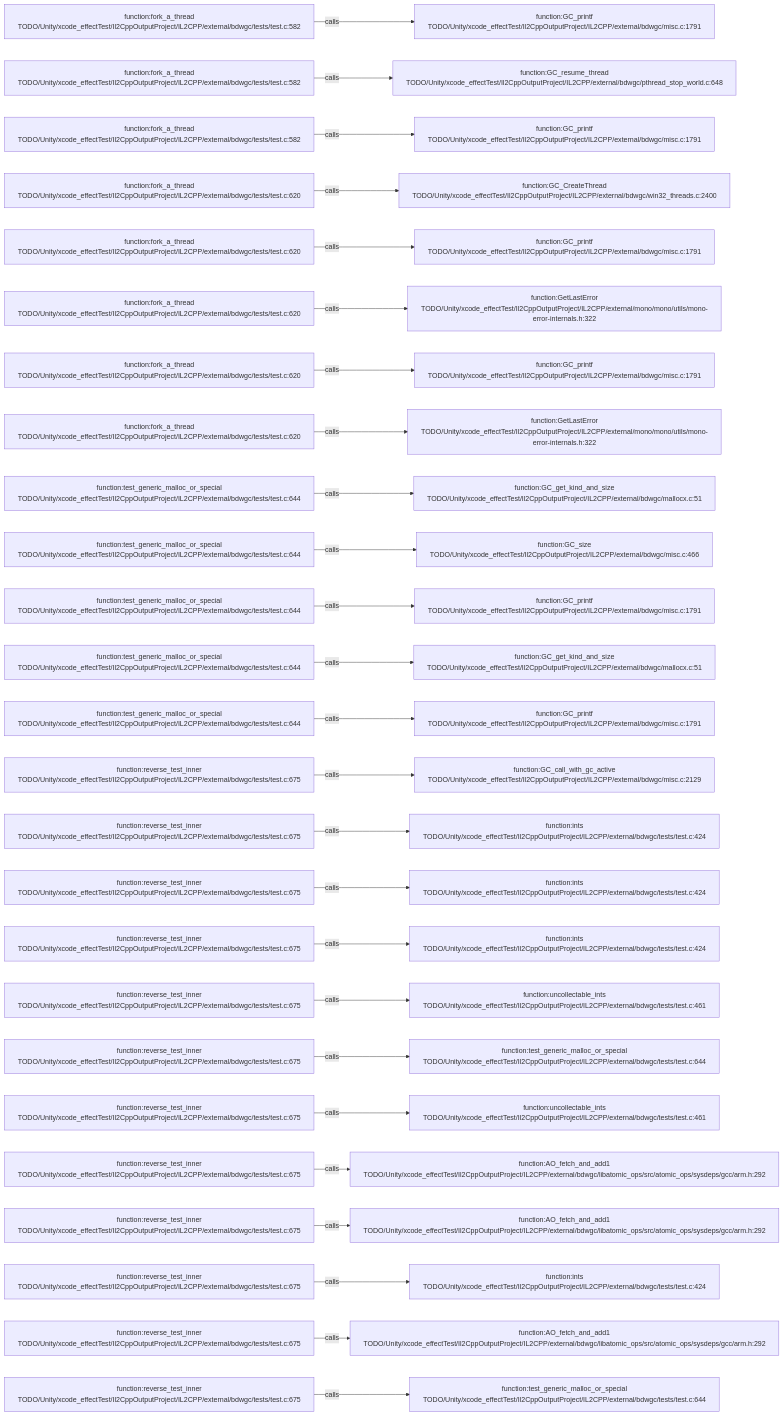
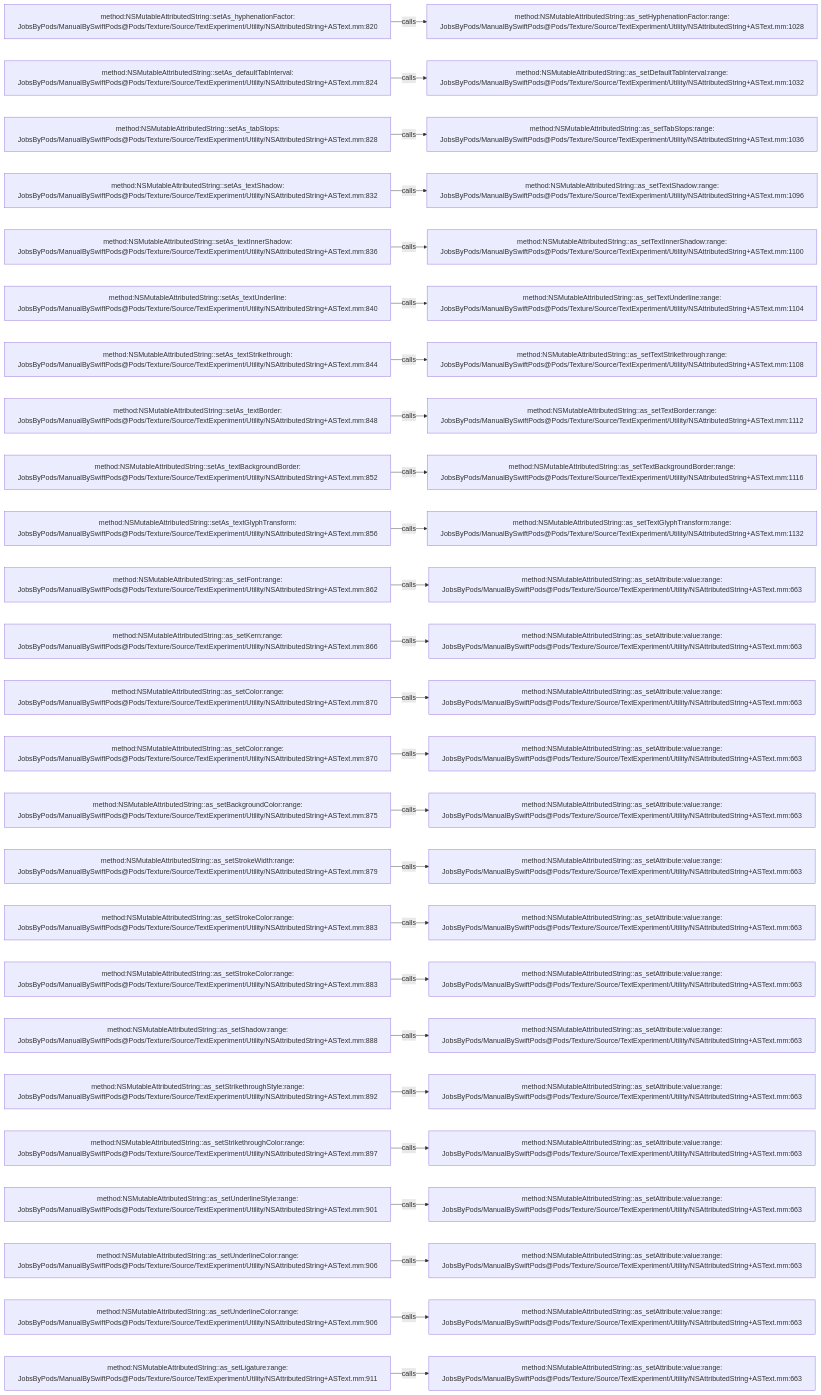
Before and after one commit to JobsKits/JobsSwiftBaseConfigDemo: the diagram in .codegraph/codegraph.md/graphs/calls-164.md, drawn with Mermaid. The commit also changed 2959 other files, not shown here.

````diff
--- a/.codegraph/codegraph.md/graphs/calls-164.md
+++ b/.codegraph/codegraph.md/graphs/calls-164.md
@@ -13,78 +13,78 @@
 ```mermaid
 flowchart LR
-  S1["function:fork_a_thread<br/>TODO/Unity/xcode_effectTest/Il2CppOutputProject/IL2CPP/external/bdwgc/tests/test.c:582"]
-  T1["function:GC_printf<br/>TODO/Unity/xcode_effectTest/Il2CppOutputProject/IL2CPP/external/bdwgc/misc.c:1791"]
+  S1["method:NSMutableAttributedString::setAs_hyphenationFactor:<br/>JobsByPods/ManualBySwiftPods@Pods/Texture/Source/TextExperiment/Utility/NSAttributedString+ASText.mm:820"]
+  T1["method:NSMutableAttributedString::as_setHyphenationFactor:range:<br/>JobsByPods/ManualBySwiftPods@Pods/Texture/Source/TextExperiment/Utility/NSAttributedString+ASText.mm:1028"]
   S1 -->|calls| T1
-  S2["function:fork_a_thread<br/>TODO/Unity/xcode_effectTest/Il2CppOutputProject/IL2CPP/external/bdwgc/tests/test.c:582"]
-  T2["function:GC_resume_thread<br/>TODO/Unity/xcode_effectTest/Il2CppOutputProject/IL2CPP/external/bdwgc/pthread_stop_world.c:648"]
+  S2["method:NSMutableAttributedString::setAs_defaultTabInterval:<br/>JobsByPods/ManualBySwiftPods@Pods/Texture/Source/TextExperiment/Utility/NSAttributedString+ASText.mm:824"]
+  T2["method:NSMutableAttributedString::as_setDefaultTabInterval:range:<br/>JobsByPods/ManualBySwiftPods@Pods/Texture/Source/TextExperiment/Utility/NSAttributedString+ASText.mm:1032"]
   S2 -->|calls| T2
-  S3["function:fork_a_thread<br/>TODO/Unity/xcode_effectTest/Il2CppOutputProject/IL2CPP/external/bdwgc/tests/test.c:582"]
-  T3["function:GC_printf<br/>TODO/Unity/xcode_effectTest/Il2CppOutputProject/IL2CPP/external/bdwgc/misc.c:1791"]
+  S3["method:NSMutableAttributedString::setAs_tabStops:<br/>JobsByPods/ManualBySwiftPods@Pods/Texture/Source/TextExperiment/Utility/NSAttributedString+ASText.mm:828"]
+  T3["method:NSMutableAttributedString::as_setTabStops:range:<br/>JobsByPods/ManualBySwiftPods@Pods/Texture/Source/TextExperiment/Utility/NSAttributedString+ASText.mm:1036"]
   S3 -->|calls| T3
-  S4["function:fork_a_thread<br/>TODO/Unity/xcode_effectTest/Il2CppOutputProject/IL2CPP/external/bdwgc/tests/test.c:620"]
-  T4["function:GC_CreateThread<br/>TODO/Unity/xcode_effectTest/Il2CppOutputProject/IL2CPP/external/bdwgc/win32_threads.c:2400"]
+  S4["method:NSMutableAttributedString::setAs_textShadow:<br/>JobsByPods/ManualBySwiftPods@Pods/Texture/Source/TextExperiment/Utility/NSAttributedString+ASText.mm:832"]
+  T4["method:NSMutableAttributedString::as_setTextShadow:range:<br/>JobsByPods/ManualBySwiftPods@Pods/Texture/Source/TextExperiment/Utility/NSAttributedString+ASText.mm:1096"]
   S4 -->|calls| T4
-  S5["function:fork_a_thread<br/>TODO/Unity/xcode_effectTest/Il2CppOutputProject/IL2CPP/external/bdwgc/tests/test.c:620"]
-  T5["function:GC_printf<br/>TODO/Unity/xcode_effectTest/Il2CppOutputProject/IL2CPP/external/bdwgc/misc.c:1791"]
+  S5["method:NSMutableAttributedString::setAs_textInnerShadow:<br/>JobsByPods/ManualBySwiftPods@Pods/Texture/Source/TextExperiment/Utility/NSAttributedString+ASText.mm:836"]
+  T5["method:NSMutableAttributedString::as_setTextInnerShadow:range:<br/>JobsByPods/ManualBySwiftPods@Pods/Texture/Source/TextExperiment/Utility/NSAttributedString+ASText.mm:1100"]
   S5 -->|calls| T5
-  S6["function:fork_a_thread<br/>TODO/Unity/xcode_effectTest/Il2CppOutputProject/IL2CPP/external/bdwgc/tests/test.c:620"]
-  T6["function:GetLastError<br/>TODO/Unity/xcode_effectTest/Il2CppOutputProject/IL2CPP/external/mono/mono/utils/mono-error-internals.h:322"]
+  S6["method:NSMutableAttributedString::setAs_textUnderline:<br/>JobsByPods/ManualBySwiftPods@Pods/Texture/Source/TextExperiment/Utility/NSAttributedString+ASText.mm:840"]
+  T6["method:NSMutableAttributedString::as_setTextUnderline:range:<br/>JobsByPods/ManualBySwiftPods@Pods/Texture/Source/TextExperiment/Utility/NSAttributedString+ASText.mm:1104"]
   S6 -->|calls| T6
-  S7["function:fork_a_thread<br/>TODO/Unity/xcode_effectTest/Il2CppOutputProject/IL2CPP/external/bdwgc/tests/test.c:620"]
-  T7["function:GC_printf<br/>TODO/Unity/xcode_effectTest/Il2CppOutputProject/IL2CPP/external/bdwgc/misc.c:1791"]
+  S7["method:NSMutableAttributedString::setAs_textStrikethrough:<br/>JobsByPods/ManualBySwiftPods@Pods/Texture/Source/TextExperiment/Utility/NSAttributedString+ASText.mm:844"]
+  T7["method:NSMutableAttributedString::as_setTextStrikethrough:range:<br/>JobsByPods/ManualBySwiftPods@Pods/Texture/Source/TextExperiment/Utility/NSAttributedString+ASText.mm:1108"]
   S7 -->|calls| T7
-  S8["function:fork_a_thread<br/>TODO/Unity/xcode_effectTest/Il2CppOutputProject/IL2CPP/external/bdwgc/tests/test.c:620"]
-  T8["function:GetLastError<br/>TODO/Unity/xcode_effectTest/Il2CppOutputProject/IL2CPP/external/mono/mono/utils/mono-error-internals.h:322"]
+  S8["method:NSMutableAttributedString::setAs_textBorder:<br/>JobsByPods/ManualBySwiftPods@Pods/Texture/Source/TextExperiment/Utility/NSAttributedString+ASText.mm:848"]
+  T8["method:NSMutableAttributedString::as_setTextBorder:range:<br/>JobsByPods/ManualBySwiftPods@Pods/Texture/Source/TextExperiment/Utility/NSAttributedString+ASText.mm:1112"]
   S8 -->|calls| T8
-  S9["function:test_generic_malloc_or_special<br/>TODO/Unity/xcode_effectTest/Il2CppOutputProject/IL2CPP/external/bdwgc/tests/test.c:644"]
-  T9["function:GC_get_kind_and_size<br/>TODO/Unity/xcode_effectTest/Il2CppOutputProject/IL2CPP/external/bdwgc/mallocx.c:51"]
+  S9["method:NSMutableAttributedString::setAs_textBackgroundBorder:<br/>JobsByPods/ManualBySwiftPods@Pods/Texture/Source/TextExperiment/Utility/NSAttributedString+ASText.mm:852"]
+  T9["method:NSMutableAttributedString::as_setTextBackgroundBorder:range:<br/>JobsByPods/ManualBySwiftPods@Pods/Texture/Source/TextExperiment/Utility/NSAttributedString+ASText.mm:1116"]
   S9 -->|calls| T9
-  S10["function:test_generic_malloc_or_special<br/>TODO/Unity/xcode_effectTest/Il2CppOutputProject/IL2CPP/external/bdwgc/tests/test.c:644"]
-  T10["function:GC_size<br/>TODO/Unity/xcode_effectTest/Il2CppOutputProject/IL2CPP/external/bdwgc/misc.c:466"]
+  S10["method:NSMutableAttributedString::setAs_textGlyphTransform:<br/>JobsByPods/ManualBySwiftPods@Pods/Texture/Source/TextExperiment/Utility/NSAttributedString+ASText.mm:856"]
+  T10["method:NSMutableAttributedString::as_setTextGlyphTransform:range:<br/>JobsByPods/ManualBySwiftPods@Pods/Texture/Source/TextExperiment/Utility/NSAttributedString+ASText.mm:1132"]
   S10 -->|calls| T10
-  S11["function:test_generic_malloc_or_special<br/>TODO/Unity/xcode_effectTest/Il2CppOutputProject/IL2CPP/external/bdwgc/tests/test.c:644"]
-  T11["function:GC_printf<br/>TODO/Unity/xcode_effectTest/Il2CppOutputProject/IL2CPP/external/bdwgc/misc.c:1791"]
+  S11["method:NSMutableAttributedString::as_setFont:range:<br/>JobsByPods/ManualBySwiftPods@Pods/Texture/Source/TextExperiment/Utility/NSAttributedString+ASText.mm:862"]
+  T11["method:NSMutableAttributedString::as_setAttribute:value:range:<br/>JobsByPods/ManualBySwiftPods@Pods/Texture/Source/TextExperiment/Utility/NSAttributedString+ASText.mm:663"]
   S11 -->|calls| T11
-  S12["function:test_generic_malloc_or_special<br/>TODO/Unity/xcode_effectTest/Il2CppOutputProject/IL2CPP/external/bdwgc/tests/test.c:644"]
-  T12["function:GC_get_kind_and_size<br/>TODO/Unity/xcode_effectTest/Il2CppOutputProject/IL2CPP/external/bdwgc/mallocx.c:51"]
+  S12["method:NSMutableAttributedString::as_setKern:range:<br/>JobsByPods/ManualBySwiftPods@Pods/Texture/Source/TextExperiment/Utility/NSAttributedString+ASText.mm:866"]
+  T12["method:NSMutableAttributedString::as_setAttribute:value:range:<br/>JobsByPods/ManualBySwiftPods@Pods/Texture/Source/TextExperiment/Utility/NSAttributedString+ASText.mm:663"]
   S12 -->|calls| T12
-  S13["function:test_generic_malloc_or_special<br/>TODO/Unity/xcode_effectTest/Il2CppOutputProject/IL2CPP/external/bdwgc/tests/test.c:644"]
-  T13["function:GC_printf<br/>TODO/Unity/xcode_effectTest/Il2CppOutputProject/IL2CPP/external/bdwgc/misc.c:1791"]
+  S13["method:NSMutableAttributedString::as_setColor:range:<br/>JobsByPods/ManualBySwiftPods@Pods/Texture/Source/TextExperiment/Utility/NSAttributedString+ASText.mm:870"]
+  T13["method:NSMutableAttributedString::as_setAttribute:value:range:<br/>JobsByPods/ManualBySwiftPods@Pods/Texture/Source/TextExperiment/Utility/NSAttributedString+ASText.mm:663"]
   S13 -->|calls| T13
-  S14["function:reverse_test_inner<br/>TODO/Unity/xcode_effectTest/Il2CppOutputProject/IL2CPP/external/bdwgc/tests/test.c:675"]
-  T14["function:GC_call_with_gc_active<br/>TODO/Unity/xcode_effectTest/Il2CppOutputProject/IL2CPP/external/bdwgc/misc.c:2129"]
+  S14["method:NSMutableAttributedString::as_setColor:range:<br/>JobsByPods/ManualBySwiftPods@Pods/Texture/Source/TextExperiment/Utility/NSAttributedString+ASText.mm:870"]
+  T14["method:NSMutableAttributedString::as_setAttribute:value:range:<br/>JobsByPods/ManualBySwiftPods@Pods/Texture/Source/TextExperiment/Utility/NSAttributedString+ASText.mm:663"]
   S14 -->|calls| T14
-  S15["function:reverse_test_inner<br/>TODO/Unity/xcode_effectTest/Il2CppOutputProject/IL2CPP/external/bdwgc/tests/test.c:675"]
-  T15["function:ints<br/>TODO/Unity/xcode_effectTest/Il2CppOutputProject/IL2CPP/external/bdwgc/tests/test.c:424"]
+  S15["method:NSMutableAttributedString::as_setBackgroundColor:range:<br/>JobsByPods/ManualBySwiftPods@Pods/Texture/Source/TextExperiment/Utility/NSAttributedString+ASText.mm:875"]
+  T15["method:NSMutableAttributedString::as_setAttribute:value:range:<br/>JobsByPods/ManualBySwiftPods@Pods/Texture/Source/TextExperiment/Utility/NSAttributedString+ASText.mm:663"]
   S15 -->|calls| T15
-  S16["function:reverse_test_inner<br/>TODO/Unity/xcode_effectTest/Il2CppOutputProject/IL2CPP/external/bdwgc/tests/test.c:675"]
-  T16["function:ints<br/>TODO/Unity/xcode_effectTest/Il2CppOutputProject/IL2CPP/external/bdwgc/tests/test.c:424"]
+  S16["method:NSMutableAttributedString::as_setStrokeWidth:range:<br/>JobsByPods/ManualBySwiftPods@Pods/Texture/Source/TextExperiment/Utility/NSAttributedString+ASText.mm:879"]
+  T16["method:NSMutableAttributedString::as_setAttribute:value:range:<br/>JobsByPods/ManualBySwiftPods@Pods/Texture/Source/TextExperiment/Utility/NSAttributedString+ASText.mm:663"]
   S16 -->|calls| T16
-  S17["function:reverse_test_inner<br/>TODO/Unity/xcode_effectTest/Il2CppOutputProject/IL2CPP/external/bdwgc/tests/test.c:675"]
-  T17["function:ints<br/>TODO/Unity/xcode_effectTest/Il2CppOutputProject/IL2CPP/external/bdwgc/tests/test.c:424"]
+  S17["method:NSMutableAttributedString::as_setStrokeColor:range:<br/>JobsByPods/ManualBySwiftPods@Pods/Texture/Source/TextExperiment/Utility/NSAttributedString+ASText.mm:883"]
+  T17["method:NSMutableAttributedString::as_setAttribute:value:range:<br/>JobsByPods/ManualBySwiftPods@Pods/Texture/Source/TextExperiment/Utility/NSAttributedString+ASText.mm:663"]
   S17 -->|calls| T17
-  S18["function:reverse_test_inner<br/>TODO/Unity/xcode_effectTest/Il2CppOutputProject/IL2CPP/external/bdwgc/tests/test.c:675"]
-  T18["function:uncollectable_ints<br/>TODO/Unity/xcode_effectTest/Il2CppOutputProject/IL2CPP/external/bdwgc/tests/test.c:461"]
+  S18["method:NSMutableAttributedString::as_setStrokeColor:range:<br/>JobsByPods/ManualBySwiftPods@Pods/Texture/Source/TextExperiment/Utility/NSAttributedString+ASText.mm:883"]
+  T18["method:NSMutableAttributedString::as_setAttribute:value:range:<br/>JobsByPods/ManualBySwiftPods@Pods/Texture/Source/TextExperiment/Utility/NSAttributedString+ASText.mm:663"]
   S18 -->|calls| T18
-  S19["function:reverse_test_inner<br/>TODO/Unity/xcode_effectTest/Il2CppOutputProject/IL2CPP/external/bdwgc/tests/test.c:675"]
-  T19["function:test_generic_malloc_or_special<br/>TODO/Unity/xcode_effectTest/Il2CppOutputProject/IL2CPP/external/bdwgc/tests/test.c:644"]
+  S19["method:NSMutableAttributedString::as_setShadow:range:<br/>JobsByPods/ManualBySwiftPods@Pods/Texture/Source/TextExperiment/Utility/NSAttributedString+ASText.mm:888"]
+  T19["method:NSMutableAttributedString::as_setAttribute:value:range:<br/>JobsByPods/ManualBySwiftPods@Pods/Texture/Source/TextExperiment/Utility/NSAttributedString+ASText.mm:663"]
   S19 -->|calls| T19
-  S20["function:reverse_test_inner<br/>TODO/Unity/xcode_effectTest/Il2CppOutputProject/IL2CPP/external/bdwgc/tests/test.c:675"]
-  T20["function:uncollectable_ints<br/>TODO/Unity/xcode_effectTest/Il2CppOutputProject/IL2CPP/external/bdwgc/tests/test.c:461"]
+  S20["method:NSMutableAttributedString::as_setStrikethroughStyle:range:<br/>JobsByPods/ManualBySwiftPods@Pods/Texture/Source/TextExperiment/Utility/NSAttributedString+ASText.mm:892"]
+  T20["method:NSMutableAttributedString::as_setAttribute:value:range:<br/>JobsByPods/ManualBySwiftPods@Pods/Texture/Source/TextExperiment/Utility/NSAttributedString+ASText.mm:663"]
   S20 -->|calls| T20
-  S21["function:reverse_test_inner<br/>TODO/Unity/xcode_effectTest/Il2CppOutputProject/IL2CPP/external/bdwgc/tests/test.c:675"]
-  T21["function:AO_fetch_and_add1<br/>TODO/Unity/xcode_effectTest/Il2CppOutputProject/IL2CPP/external/bdwgc/libatomic_ops/src/atomic_ops/sysdeps/gcc/arm.h:292"]
+  S21["method:NSMutableAttributedString::as_setStrikethroughColor:range:<br/>JobsByPods/ManualBySwiftPods@Pods/Texture/Source/TextExperiment/Utility/NSAttributedString+ASText.mm:897"]
+  T21["method:NSMutableAttributedString::as_setAttribute:value:range:<br/>JobsByPods/ManualBySwiftPods@Pods/Texture/Source/TextExperiment/Utility/NSAttributedString+ASText.mm:663"]
   S21 -->|calls| T21
-  S22["function:reverse_test_inner<br/>TODO/Unity/xcode_effectTest/Il2CppOutputProject/IL2CPP/external/bdwgc/tests/test.c:675"]
-  T22["function:AO_fetch_and_add1<br/>TODO/Unity/xcode_effectTest/Il2CppOutputProject/IL2CPP/external/bdwgc/libatomic_ops/src/atomic_ops/sysdeps/gcc/arm.h:292"]
+  S22["method:NSMutableAttributedString::as_setUnderlineStyle:range:<br/>JobsByPods/ManualBySwiftPods@Pods/Texture/Source/TextExperiment/Utility/NSAttributedString+ASText.mm:901"]
+  T22["method:NSMutableAttributedString::as_setAttribute:value:range:<br/>JobsByPods/ManualBySwiftPods@Pods/Texture/Source/TextExperiment/Utility/NSAttributedString+ASText.mm:663"]
   S22 -->|calls| T22
-  S23["function:reverse_test_inner<br/>TODO/Unity/xcode_effectTest/Il2CppOutputProject/IL2CPP/external/bdwgc/tests/test.c:675"]
-  T23["function:ints<br/>TODO/Unity/xcode_effectTest/Il2CppOutputProject/IL2CPP/external/bdwgc/tests/test.c:424"]
+  S23["method:NSMutableAttributedString::as_setUnderlineColor:range:<br/>JobsByPods/ManualBySwiftPods@Pods/Texture/Source/TextExperiment/Utility/NSAttributedString+ASText.mm:906"]
+  T23["method:NSMutableAttributedString::as_setAttribute:value:range:<br/>JobsByPods/ManualBySwiftPods@Pods/Texture/Source/TextExperiment/Utility/NSAttributedString+ASText.mm:663"]
   S23 -->|calls| T23
-  S24["function:reverse_test_inner<br/>TODO/Unity/xcode_effectTest/Il2CppOutputProject/IL2CPP/external/bdwgc/tests/test.c:675"]
-  T24["function:AO_fetch_and_add1<br/>TODO/Unity/xcode_effectTest/Il2CppOutputProject/IL2CPP/external/bdwgc/libatomic_ops/src/atomic_ops/sysdeps/gcc/arm.h:292"]
+  S24["method:NSMutableAttributedString::as_setUnderlineColor:range:<br/>JobsByPods/ManualBySwiftPods@Pods/Texture/Source/TextExperiment/Utility/NSAttributedString+ASText.mm:906"]
+  T24["method:NSMutableAttributedString::as_setAttribute:value:range:<br/>JobsByPods/ManualBySwiftPods@Pods/Texture/Source/TextExperiment/Utility/NSAttributedString+ASText.mm:663"]
   S24 -->|calls| T24
-  S25["function:reverse_test_inner<br/>TODO/Unity/xcode_effectTest/Il2CppOutputProject/IL2CPP/external/bdwgc/tests/test.c:675"]
-  T25["function:test_generic_malloc_or_special<br/>TODO/Unity/xcode_effectTest/Il2CppOutputProject/IL2CPP/external/bdwgc/tests/test.c:644"]
+  S25["method:NSMutableAttributedString::as_setLigature:range:<br/>JobsByPods/ManualBySwiftPods@Pods/Texture/Source/TextExperiment/Utility/NSAttributedString+ASText.mm:911"]
+  T25["method:NSMutableAttributedString::as_setAttribute:value:range:<br/>JobsByPods/ManualBySwiftPods@Pods/Texture/Source/TextExperiment/Utility/NSAttributedString+ASText.mm:663"]
   S25 -->|calls| T25
 ```
````
